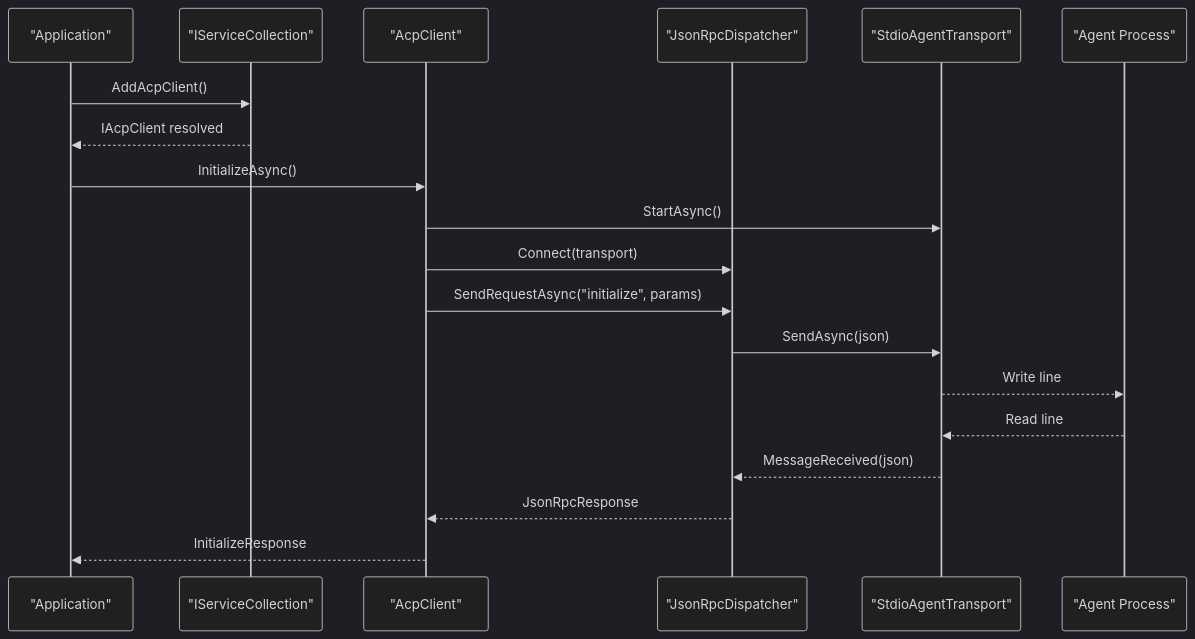
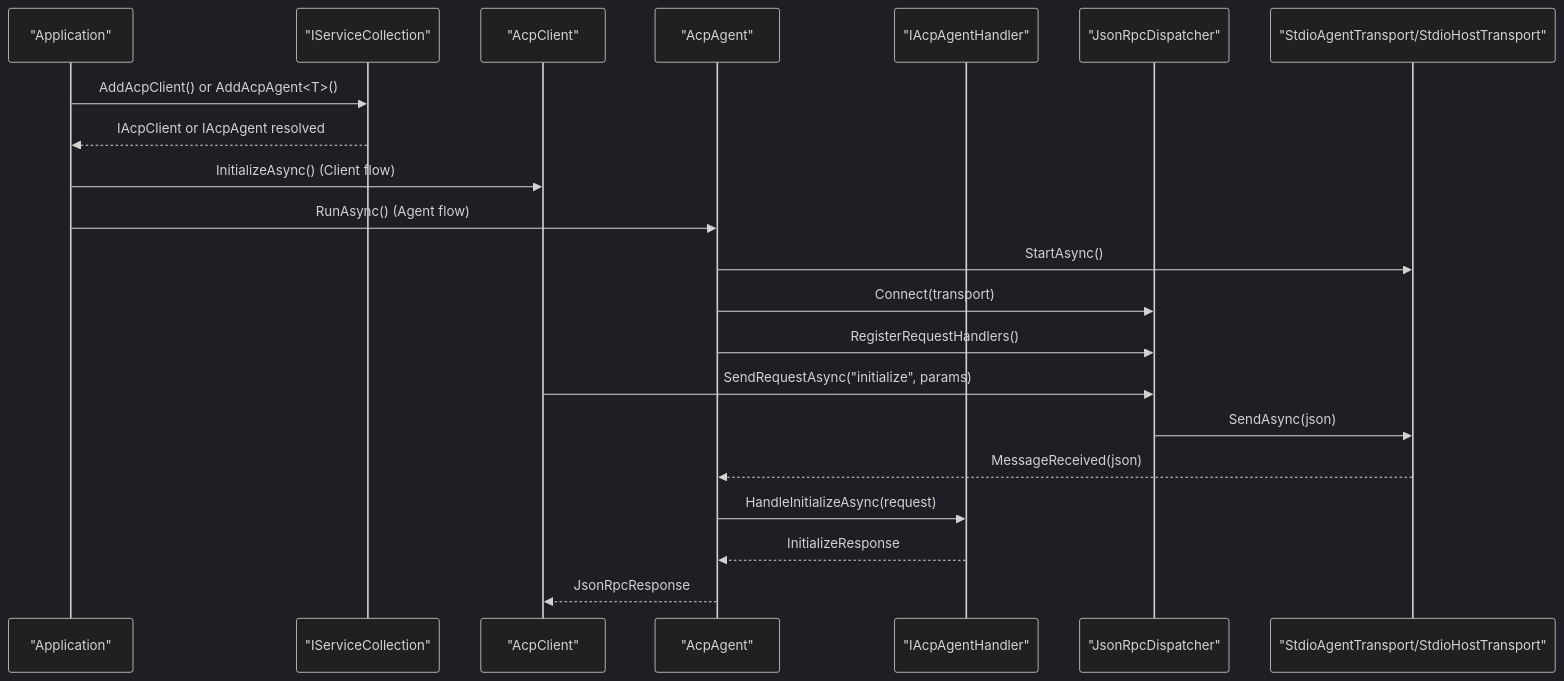
One commit to AgenticDesktop/ACPLibrary changed the second of 11 diagrams in .qoder/repowiki/en/content/Configuration and Setup.md. Above: the diagram before and after it, drawn with Mermaid (dark theme). The commit also changed other lines of this file and 63 other files, not shown here.

````diff
--- a/.qoder/repowiki/en/content/Configuration and Setup.md
+++ b/.qoder/repowiki/en/content/Configuration and Setup.md
@@ -114,21 +148,23 @@
 ```mermaid
 sequenceDiagram
 participant App as "Application"
 participant DI as "IServiceCollection"
 participant Client as "AcpClient"
+participant Agent as "AcpAgent"
+participant Handler as "IAcpAgentHandler"
 participant Dispatcher as "JsonRpcDispatcher"
-participant Transport as "StdioAgentTransport"
-participant Agent as "Agent Process"
-App->>DI : AddAcpClient()
-DI-->>App : IAcpClient resolved
-App->>Client : InitializeAsync()
-Client->>Transport : StartAsync()
-Client->>Dispatcher : Connect(transport)
+participant Transport as "StdioAgentTransport/StdioHostTransport"
+App->>DI : AddAcpClient() or AddAcpAgent<T>()
+DI-->>App : IAcpClient or IAcpAgent resolved
+App->>Client : InitializeAsync() (Client flow)
+App->>Agent : RunAsync() (Agent flow)
+Agent->>Transport : StartAsync()
+Agent->>Dispatcher : Connect(transport)
+Agent->>Dispatcher : RegisterRequestHandlers()
 Client->>Dispatcher : SendRequestAsync("initialize", params)
 Dispatcher->>Transport : SendAsync(json)
-Transport-->>Agent : Write line
-Agent-->>Transport : Read line
-Transport-->>Dispatcher : MessageReceived(json)
-Dispatcher-->>Client : JsonRpcResponse
-Client-->>App : InitializeResponse
+Transport-->>Agent : MessageReceived(json)
+Agent->>Handler : HandleInitializeAsync(request)
+Handler-->>Agent : InitializeResponse
+Agent-->>Client : JsonRpcResponse
 ```
````
